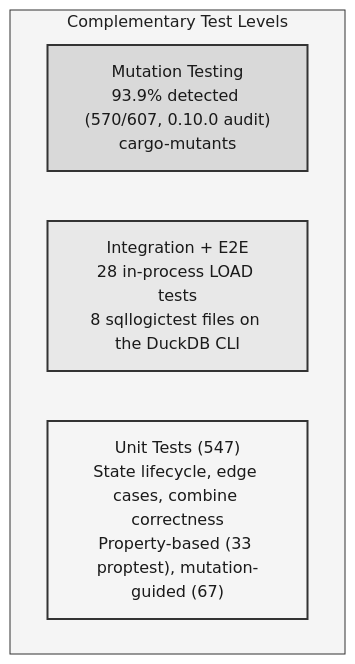
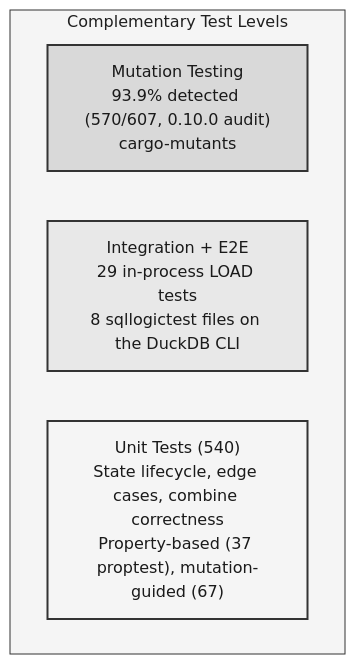
The second of 4 diagrams in docs/src/engineering.md (tomtom215/duckdb-behavioral), drawn with Mermaid before and after one commit. The commit also changed other lines of this file and 28 other files, not shown here.

````diff
--- a/docs/src/engineering.md
+++ b/docs/src/engineering.md
@@ -161,13 +161,13 @@
 ```mermaid
 %%{init: {'theme': 'base', 'themeVariables': {'primaryColor': '#ffffff', 'primaryTextColor': '#1a1a1a', 'primaryBorderColor': '#333333', 'lineColor': '#333333', 'secondaryColor': '#f5f5f5', 'tertiaryColor': '#e0e0e0', 'textColor': '#1a1a1a', 'clusterBkg': '#f5f5f5', 'clusterBorder': '#333333'}}}%%
 graph TB
     subgraph "Complementary Test Levels"
         L3["Mutation Testing<br/>93.9% detected (570/607, 0.10.0 audit)<br/>cargo-mutants"]
-        L2["Integration + E2E<br/>28 in-process LOAD tests<br/>8 sqllogictest files on the DuckDB CLI"]
-        L1["Unit Tests (547)<br/>State lifecycle, edge cases, combine correctness<br/>Property-based (33 proptest), mutation-guided (67)"]
+        L2["Integration + E2E<br/>29 in-process LOAD tests<br/>8 sqllogictest files on the DuckDB CLI"]
+        L1["Unit Tests (540)<br/>State lifecycle, edge cases, combine correctness<br/>Property-based (37 proptest), mutation-guided (67)"]
     end
 
     style L1 fill:#f5f5f5,stroke:#333333,stroke-width:2px,color:#1a1a1a
     style L2 fill:#e8e8e8,stroke:#333333,stroke-width:2px,color:#1a1a1a
     style L3 fill:#d9d9d9,stroke:#333333,stroke-width:2px,color:#1a1a1a
 ```
````
